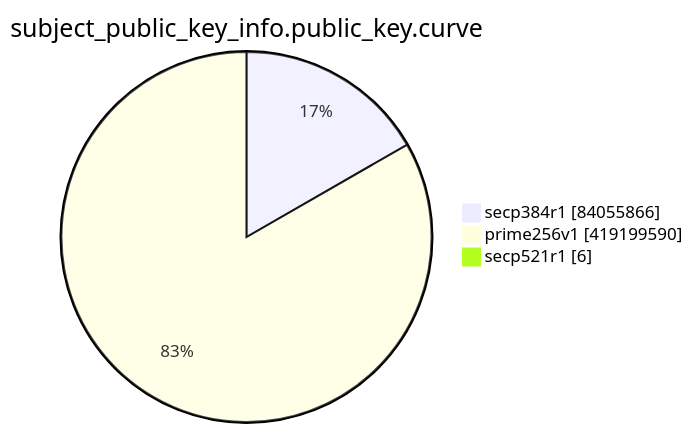
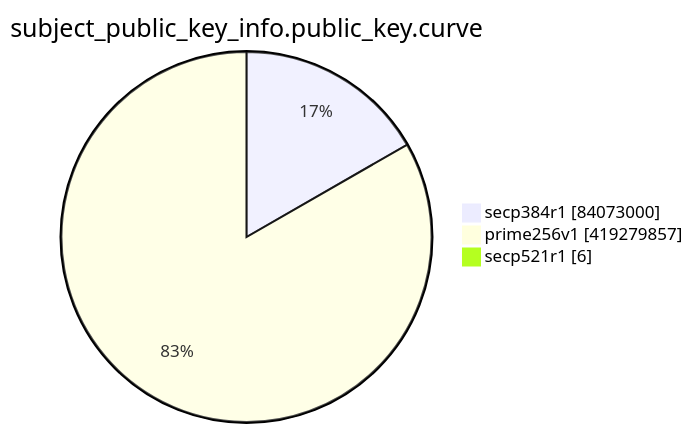
Before and after one commit to christiankrug/ctmonitor_visualization: the eighth of 15 diagrams in TOTAL/README.md, drawn with Mermaid. The commit also changed other lines of this file, not shown here.

````diff
--- a/TOTAL/README.md
+++ b/TOTAL/README.md
@@ -3099,7 +3099,7 @@
 ```mermaid
 pie showData
 title subject_public_key_info.public_key.curve
-"secp384r1" :84055866
-"prime256v1" :419199590
+"secp384r1" :84073000
+"prime256v1" :419279857
 "secp521r1" :6
 ```
````
